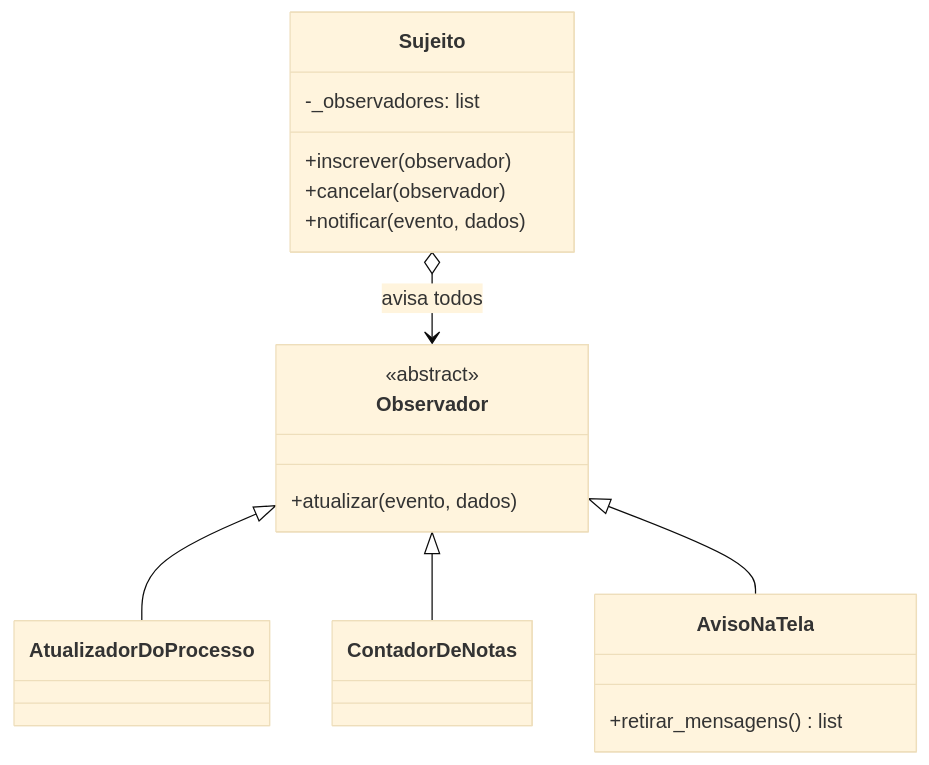
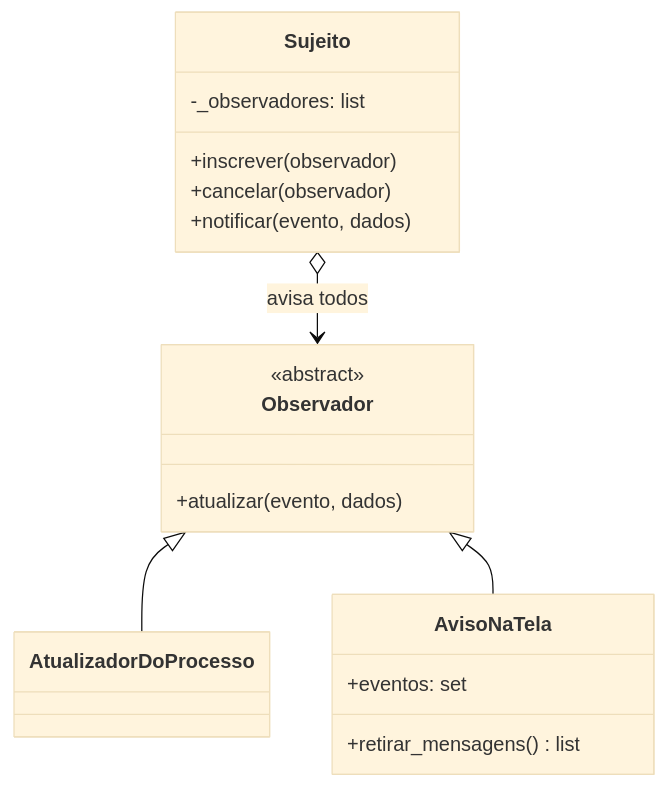
One commit to aland3r/driftor-reuso changed the third of 3 diagrams in defesa/padroes-de-projeto.md. Above: the diagram before and after it, drawn with Mermaid (base theme). The commit also changed other lines of this file and 3 other files, not shown here.

````diff
--- a/defesa/padroes-de-projeto.md
+++ b/defesa/padroes-de-projeto.md
@@ -204,22 +204,21 @@
 ```mermaid
 classDiagram
     class Sujeito {
         -_observadores: list
         +inscrever(observador)
         +cancelar(observador)
         +notificar(evento, dados)
     }
     class Observador {
         <<abstract>>
         +atualizar(evento, dados)
     }
     class AtualizadorDoProcesso
-    class ContadorDeNotas
     class AvisoNaTela {
+        +eventos: set
         +retirar_mensagens() list
     }
     Sujeito o--> Observador : avisa todos
     Observador <|-- AtualizadorDoProcesso
-    Observador <|-- ContadorDeNotas
     Observador <|-- AvisoNaTela
 ```
````
